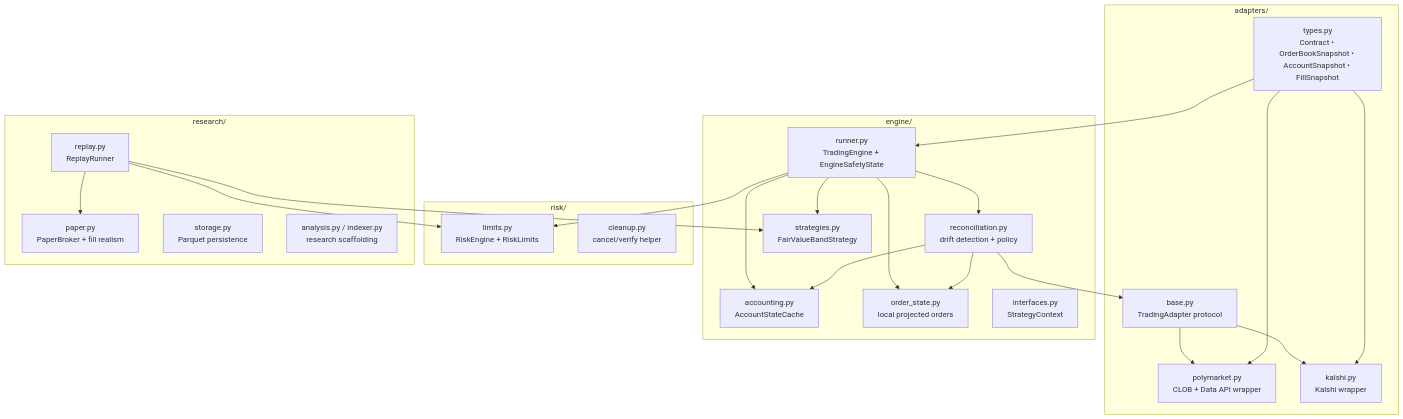
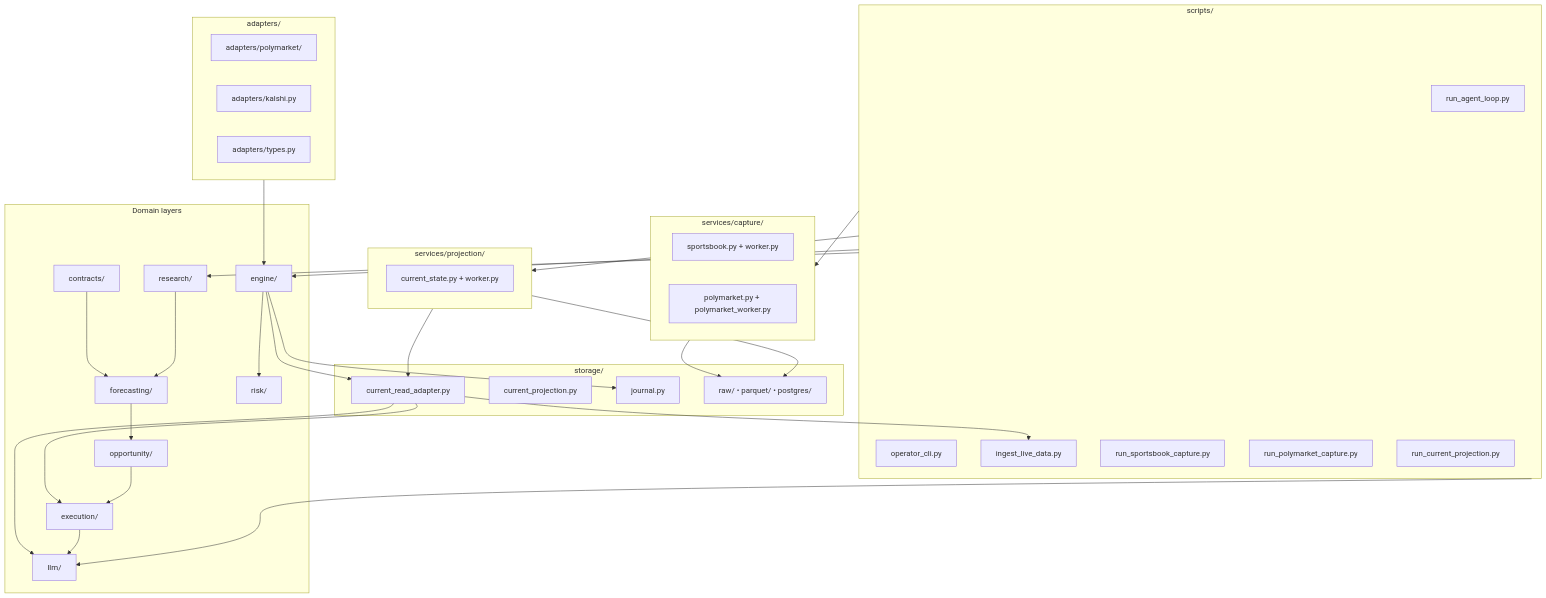
One commit to harshitagarwal2/polymarket-prediction-agent changed the diagram in docs/diagrams/02-container-view.md. Above: the diagram before and after it, drawn with Mermaid. The commit also changed other lines of this file and 8 other files, not shown here.

First line of the commit message:
Refresh architecture diagrams

````diff
--- a/docs/diagrams/02-container-view.md
+++ b/docs/diagrams/02-container-view.md
@@ -5,47 +5,65 @@
 ```mermaid
 flowchart TB
-    subgraph adapters[adapters/]
-        types[types.py\nContract • OrderBookSnapshot • AccountSnapshot • FillSnapshot]
-        base[base.py\nTradingAdapter protocol]
-        poly[polymarket.py\nCLOB + Data API wrapper]
-        kal[kalshi.py\nKalshi wrapper]
+    subgraph entrypoints[scripts/]
+        loop[run_agent_loop.py]
+        opcli[operator_cli.py]
+        ingest[ingest_live_data.py]
+        sbworker[run_sportsbook_capture.py]
+        pmworker[run_polymarket_capture.py]
+        projector[run_current_projection.py]
     end
 
-    subgraph engine[engine/]
-        runner[runner.py\nTradingEngine + EngineSafetyState]
-        acct[accounting.py\nAccountStateCache]
-        orders[order_state.py\nlocal projected orders]
-        recon[reconciliation.py\ndrift detection + policy]
-        strat[strategies.py\nFairValueBandStrategy]
-        iface[interfaces.py\nStrategyContext]
+    subgraph venue[adapters/]
+        poly[adapters/polymarket/]
+        kal[adapters/kalshi.py]
+        types[adapters/types.py]
     end
 
-    subgraph risk[risk/]
-        limits[limits.py\nRiskEngine + RiskLimits]
-        cleanup[cleanup.py\ncancel/verify helper]
+    subgraph capture[services/capture/]
+        sbsvc[sportsbook.py + worker.py]
+        pmsvc[polymarket.py + polymarket_worker.py]
     end
 
-    subgraph research[research/]
-        paper[paper.py\nPaperBroker + fill realism]
-        replay[replay.py\nReplayRunner]
-        storage[storage.py\nParquet persistence]
-        analysis[analysis.py / indexer.py\nresearch scaffolding]
+    subgraph projectionSvc[services/projection/]
+        proj[current_state.py + worker.py]
     end
 
-    base --> poly
-    base --> kal
-    types --> poly
-    types --> kal
-    types --> runner
-    runner --> acct
-    runner --> orders
-    runner --> recon
-    runner --> strat
-    runner --> limits
-    recon --> acct
-    recon --> orders
-    recon --> base
-    replay --> paper
-    replay --> strat
-    replay --> limits
+    subgraph storage[storage/]
+        read[current_read_adapter.py]
+        preview[current_projection.py]
+        journal[journal.py]
+        stores[raw/ • parquet/ • postgres/]
+    end
+
+    subgraph domain[Domain layers]
+        contracts[contracts/]
+        forecasting[forecasting/]
+        opportunity[opportunity/]
+        execution[execution/]
+        engine[engine/]
+        risk[risk/]
+        llm[llm/]
+        research[research/]
+    end
+
+    entrypoints --> capture
+    entrypoints --> projectionSvc
+    entrypoints --> engine
+    entrypoints --> llm
+    entrypoints --> research
+    venue --> engine
+    capture --> stores
+    projectionSvc --> stores
+    projectionSvc --> read
+    read --> execution
+    read --> llm
+    read --> ingest
+    contracts --> forecasting
+    forecasting --> opportunity
+    opportunity --> execution
+    execution --> llm
+    engine --> risk
+    engine --> journal
+    engine --> read
+    research --> forecasting
 ```
````
